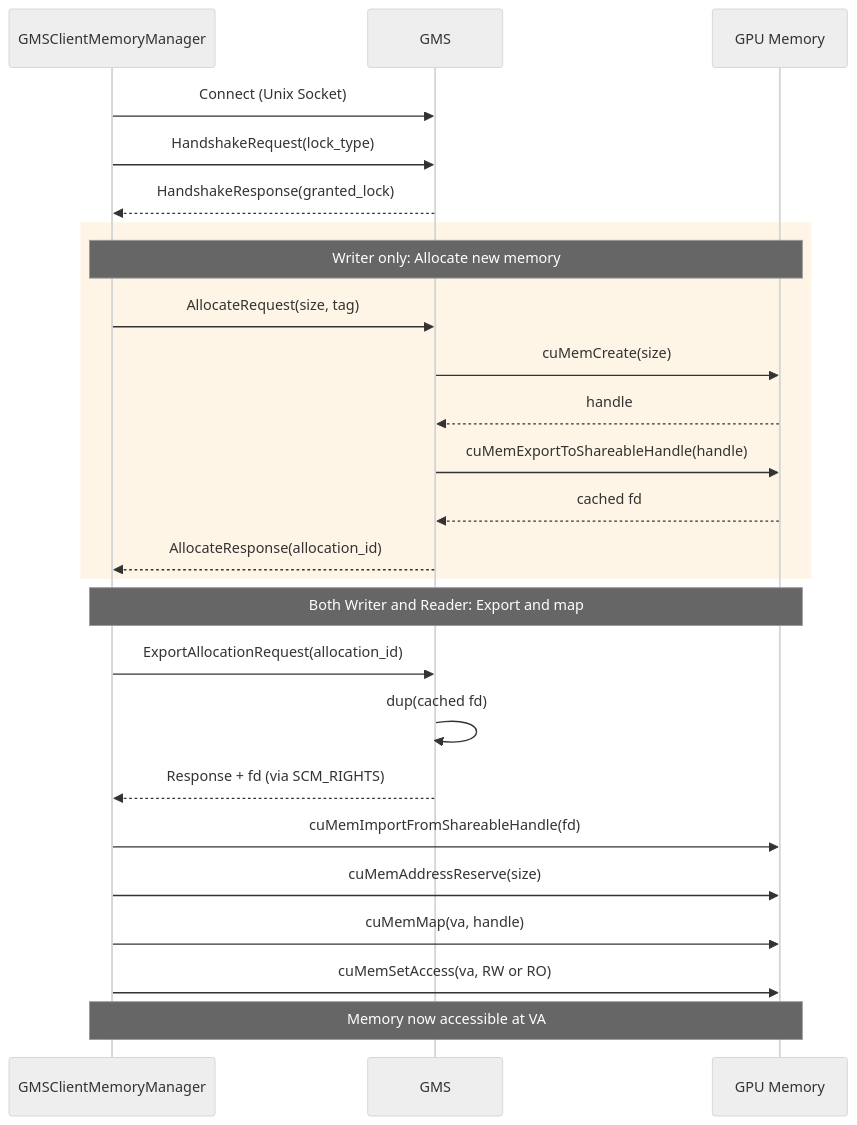
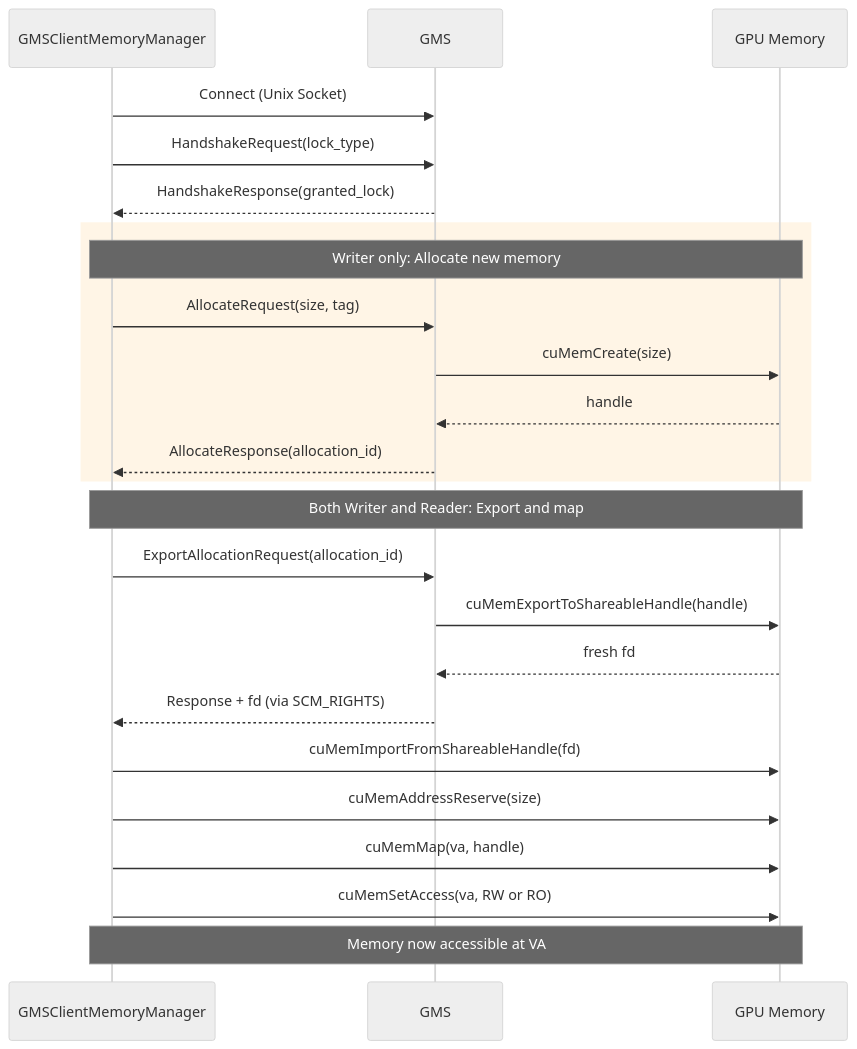
The first of 8 diagrams in lib/gpu_memory_service/README.md (githubgxll/dynamo), drawn with Mermaid (neutral theme) before and after one commit. The commit also changed other lines of this file and 4770 other files, not shown here.

````diff
--- a/lib/gpu_memory_service/README.md
+++ b/lib/gpu_memory_service/README.md
@@ -92,35 +92,34 @@
 ```mermaid
 sequenceDiagram
     participant C as GMSClientMemoryManager
     participant S as GMS
     participant GPU as GPU Memory
 
     %% Connection
     C->>S: Connect (Unix Socket)
     C->>S: HandshakeRequest(lock_type)
     S-->>C: HandshakeResponse(granted_lock)
 
     %% Allocation (Writer only)
     rect rgb(255, 245, 230)
         Note over C,GPU: Writer only: Allocate new memory
         C->>S: AllocateRequest(size, tag)
         S->>GPU: cuMemCreate(size)
         GPU-->>S: handle
-        S->>GPU: cuMemExportToShareableHandle(handle)
-        GPU-->>S: cached fd
         S-->>C: AllocateResponse(allocation_id)
     end
 
     %% Export/Import (Both Writer and Reader)
     Note over C,GPU: Both Writer and Reader: Export and map
     C->>S: ExportAllocationRequest(allocation_id)
-    S->>S: dup(cached fd)
+    S->>GPU: cuMemExportToShareableHandle(handle)
+    GPU-->>S: fresh fd
     S-->>C: Response + fd (via SCM_RIGHTS)
 
     C->>GPU: cuMemImportFromShareableHandle(fd)
     C->>GPU: cuMemAddressReserve(size)
     C->>GPU: cuMemMap(va, handle)
     C->>GPU: cuMemSetAccess(va, RW or RO)
 
     Note over C,GPU: Memory now accessible at VA
 ```
````
